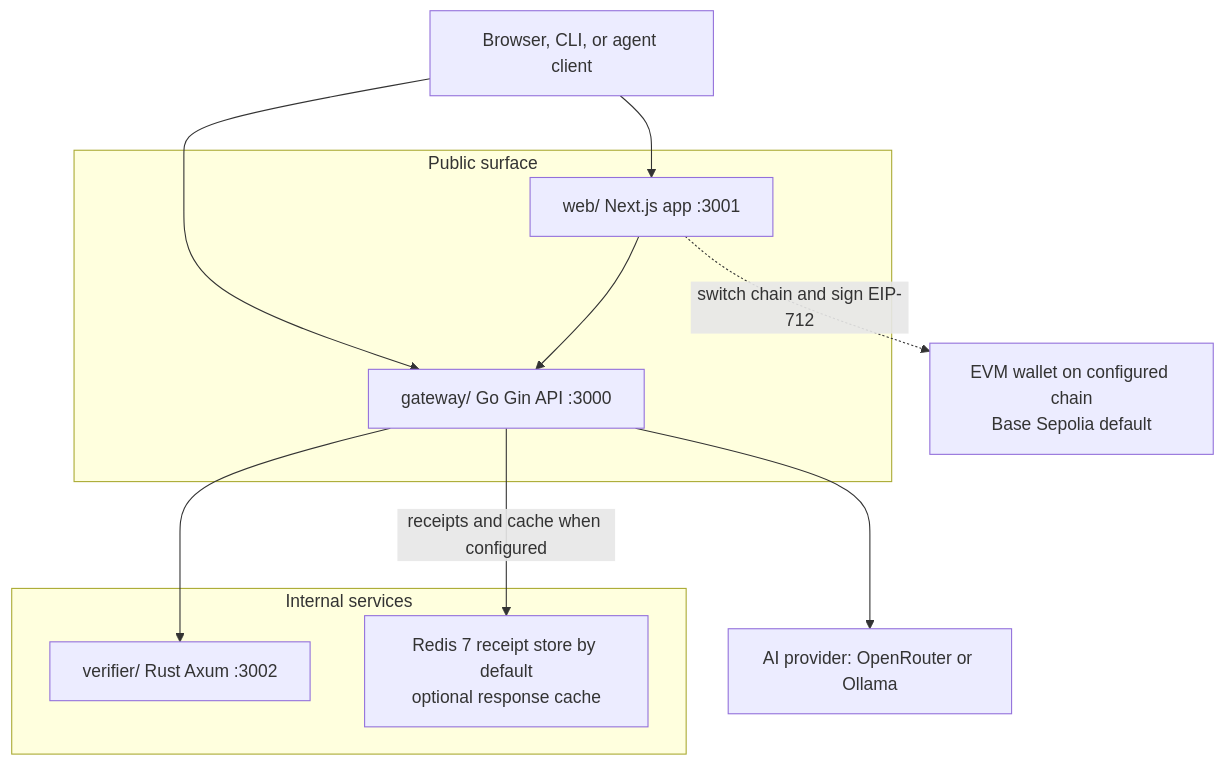
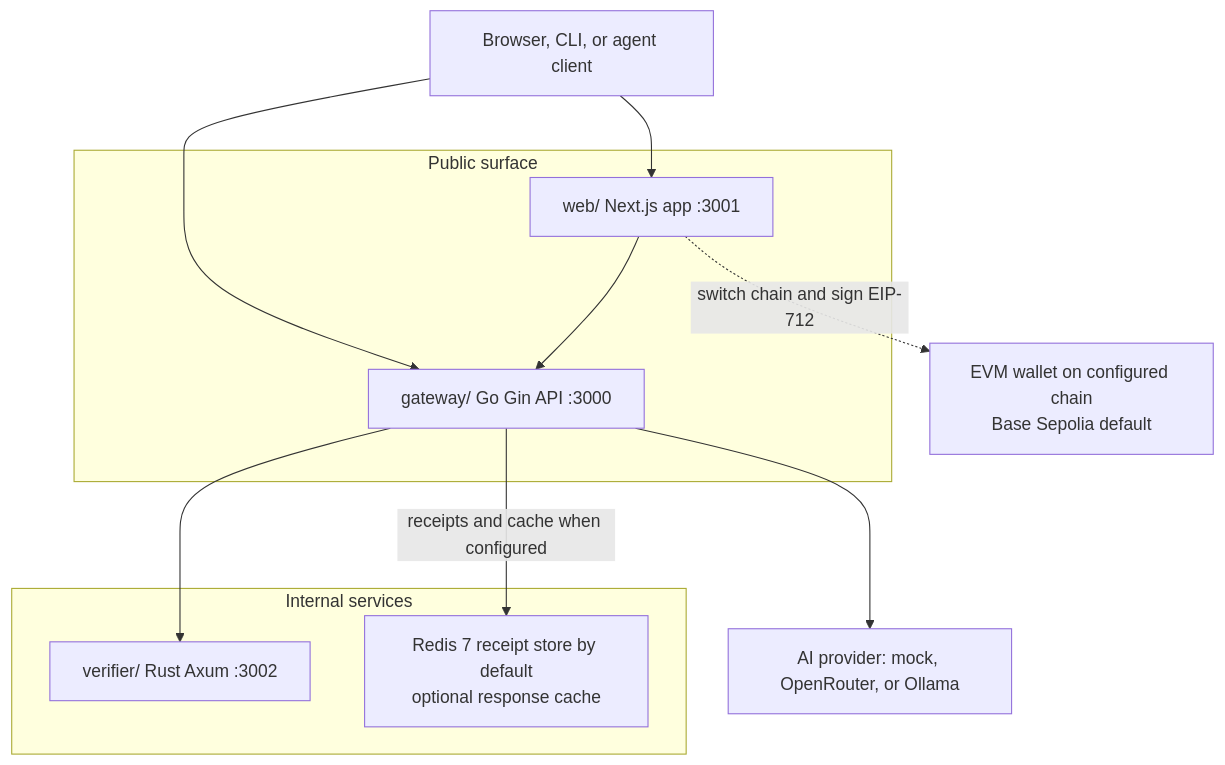
One commit to AnkanMisra/MicroAI-Paygate changed the first of 4 diagrams in README.md. Above: the diagram before and after it, drawn with Mermaid. The commit also changed other lines of this file and 17 other files, not shown here.

````diff
--- a/README.md
+++ b/README.md
@@ -62,28 +63,28 @@
 ```mermaid
 flowchart TB
     Client["Browser, CLI, or agent client"]
     Web["web/ Next.js app :3001"]
     Gateway["gateway/ Go Gin API :3000"]
     Verifier["verifier/ Rust Axum :3002"]
     Redis["Redis 7 receipt store by default\noptional response cache"]
-    AI["AI provider: OpenRouter or Ollama"]
+    AI["AI provider: mock, OpenRouter, or Ollama"]
     Wallet["EVM wallet on configured chain\nBase Sepolia default"]
 
     Client --> Web
     Client --> Gateway
     Web --> Gateway
     Web -. "switch chain and sign EIP-712" .-> Wallet
     Gateway --> Verifier
     Gateway --> AI
     Gateway -->|"receipts and cache when configured"| Redis
 
     subgraph Public["Public surface"]
       Web
       Gateway
     end
 
     subgraph Internal["Internal services"]
       Verifier
       Redis
     end
 ```
````
